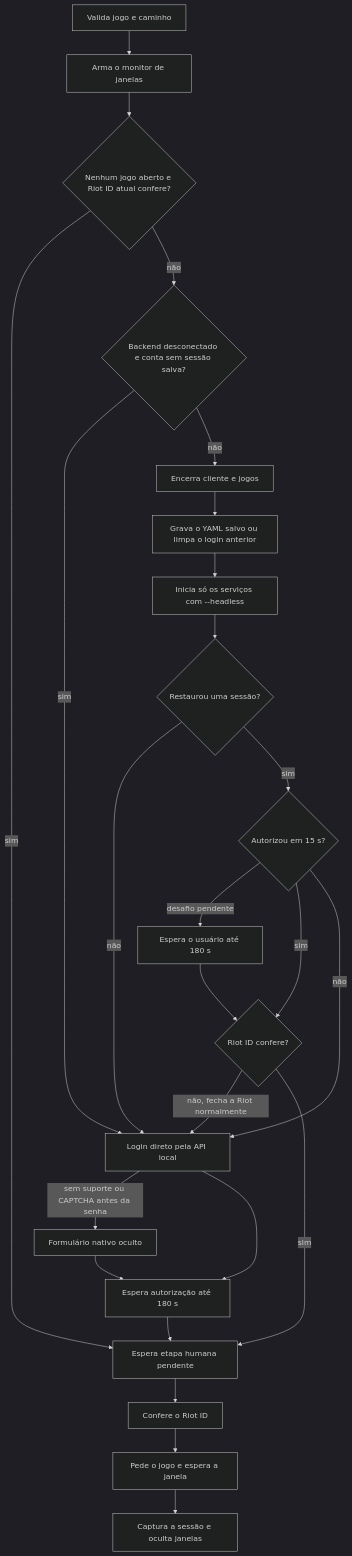
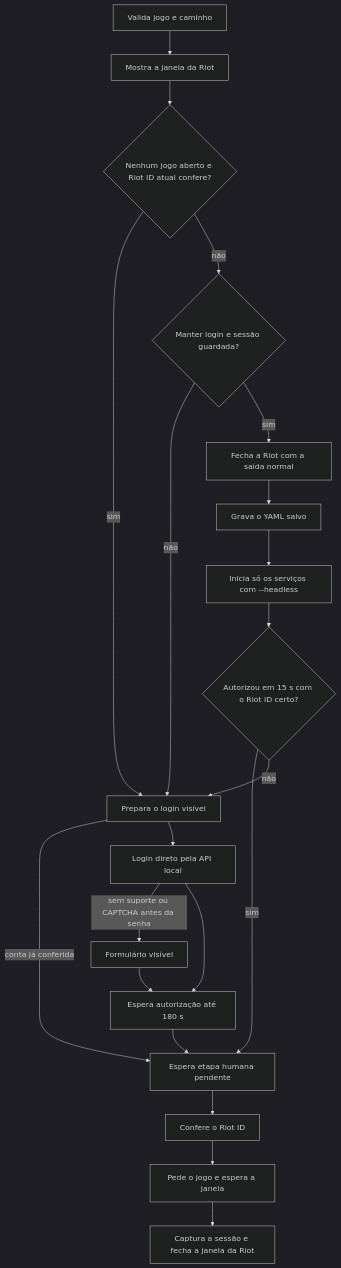
Before and after one commit to arthurmchd/eclipse: the diagram in docs/03 Módulos/Riot e Windows/signInFlow.md, drawn with Mermaid (dark theme). The commit also changed other lines of this file and 17 other files, not shown here.

````diff
--- a/docs/03 Módulos/Riot e Windows/signInFlow.md
+++ b/docs/03 Módulos/Riot e Windows/signInFlow.md
@@ -40,27 +40,23 @@
 ```mermaid
 flowchart TD
-  A[Valida jogo e caminho] --> B[Arma o monitor de janelas]
+  A[Valida jogo e caminho] --> B[Mostra a janela da Riot]
   B --> C{"Nenhum jogo aberto e Riot ID atual confere?"}
-  C -->|sim| V
-  C -->|não| D{"Backend desconectado e conta sem sessão salva?"}
-  D -->|sim| L
-  D -->|não| E[Encerra cliente e jogos]
-  E --> F[Grava o YAML salvo ou limpa o login anterior]
+  C -->|sim| P
+  C -->|não| D{"Manter login e sessão guardada?"}
+  D -->|não| P[Prepara o login visível]
+  D -->|sim| E[Fecha a Riot com a saída normal]
+  E --> F[Grava o YAML salvo]
   F --> G["Inicia só os serviços com --headless"]
-  G --> H{Restaurou uma sessão?}
-  H -->|não| L
-  H -->|sim| I{Autorizou em 15 s?}
-  I -->|desafio pendente| W[Espera o usuário até 180 s]
-  I -->|sim| J{Riot ID confere?}
-  W --> J
-  I -->|não| L
-  J -->|não, fecha a Riot normalmente| L[Login direto pela API local]
-  J -->|sim| V
-  L -->|sem suporte ou CAPTCHA antes da senha| N[Formulário nativo oculto]
+  G --> I{Autorizou em 15 s com o Riot ID certo?}
+  I -->|sim| V
+  I -->|não| P
+  P -->|conta já conferida| V
+  P --> L[Login direto pela API local]
+  L -->|sem suporte ou CAPTCHA antes da senha| N[Formulário visível]
   L --> K[Espera autorização até 180 s]
   N --> K
   K --> V[Espera etapa humana pendente]
   V --> X[Confere o Riot ID]
   X --> Y[Pede o jogo e espera a janela]
-  Y --> Z[Captura a sessão e oculta janelas]
+  Y --> Z[Captura a sessão e fecha a janela da Riot]
 ```
````
